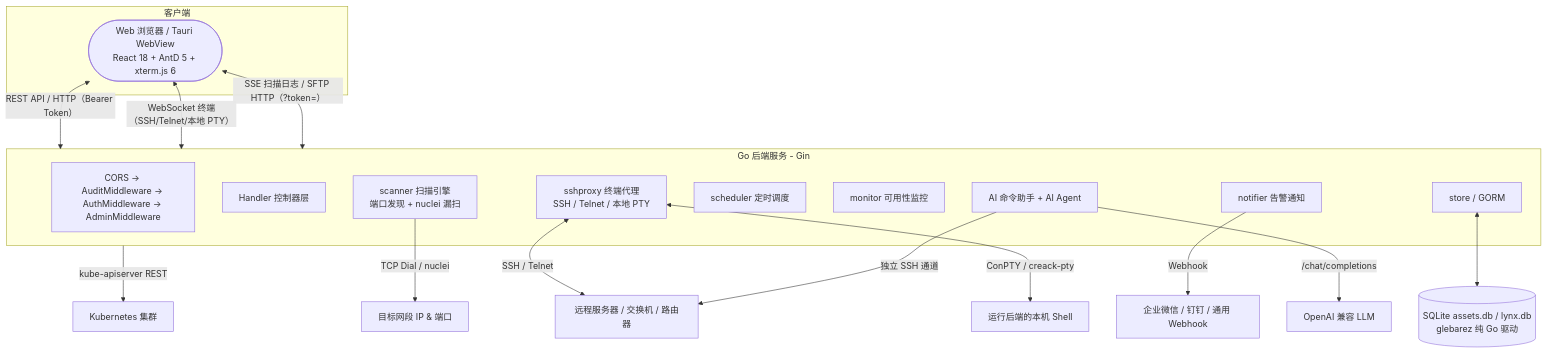
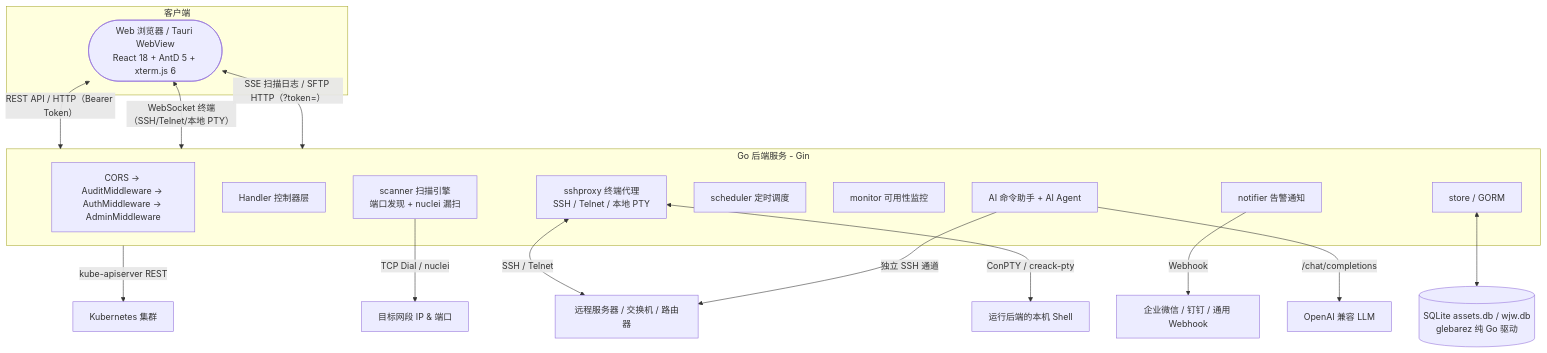
One commit to xumjbn/meridian changed the first of 3 diagrams in docs/architecture.md. Above: the diagram before and after it, drawn with Mermaid. The commit also changed other lines of this file and 60 other files, not shown here.

````diff
--- a/docs/architecture.md
+++ b/docs/architecture.md
@@ -21,31 +21,31 @@
 ```mermaid
 graph TD
     subgraph Client[客户端]
         Browser([Web 浏览器 / Tauri WebView<br/>React 18 + AntD 5 + xterm.js 6])
     end
 
     Browser <-->|REST API / HTTP（Bearer Token）| Backend
     Browser <-->|WebSocket 终端（SSH/Telnet/本地 PTY）| Backend
     Browser <-->|SSE 扫描日志 / SFTP HTTP（?token=）| Backend
 
     subgraph Backend[Go 后端服务 - Gin]
         MW[CORS → AuditMiddleware → AuthMiddleware → AdminMiddleware]
         API[Handler 控制器层]
         Scanner[scanner 扫描引擎<br/>端口发现 + nuclei 漏扫]
         SSHProxy[sshproxy 终端代理<br/>SSH / Telnet / 本地 PTY]
         Scheduler[scheduler 定时调度]
         Monitor[monitor 可用性监控]
         Notifier[notifier 告警通知]
         AI[AI 命令助手 + AI Agent]
         Store[store / GORM]
     end
 
-    Store <--> DB[(SQLite assets.db / lynx.db<br/>glebarez 纯 Go 驱动)]
+    Store <--> DB[(SQLite assets.db / wjw.db<br/>glebarez 纯 Go 驱动)]
     Scanner -->|TCP Dial / nuclei| TargetNet[目标网段 IP & 端口]
     SSHProxy <-->|SSH / Telnet| RemoteHost[远程服务器 / 交换机 / 路由器]
     SSHProxy <-->|ConPTY / creack-pty| LocalShell[运行后端的本机 Shell]
     AI -->|独立 SSH 通道| RemoteHost
     AI -->|/chat/completions| LLM[OpenAI 兼容 LLM]
     Backend -->|kube-apiserver REST| K8s[Kubernetes 集群]
     Notifier -->|Webhook| IM[企业微信 / 钉钉 / 通用 Webhook]
 ```
````
